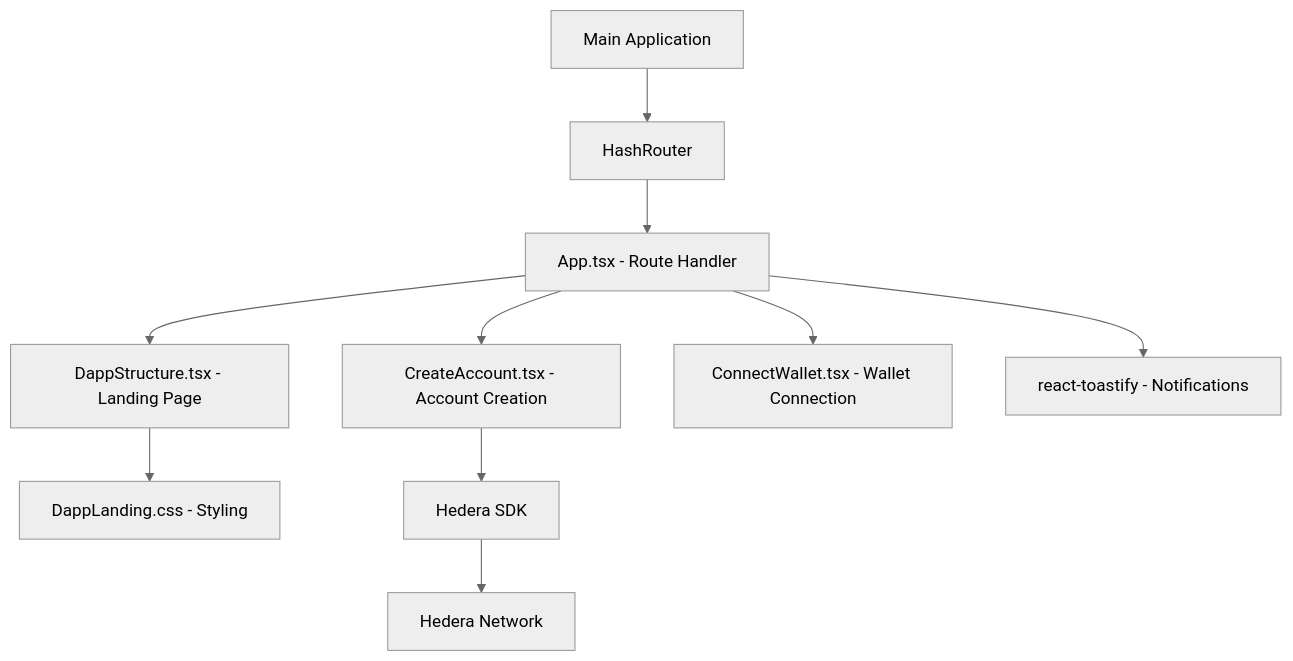
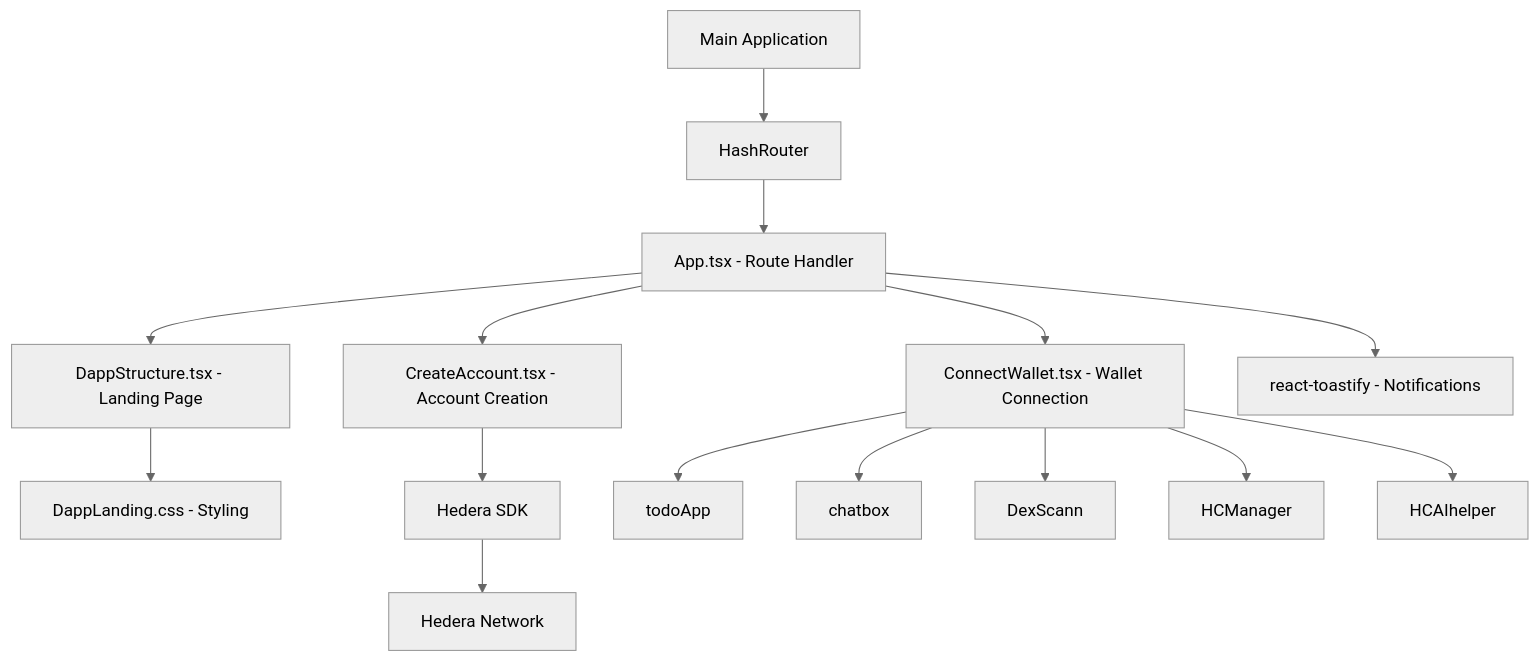
The diagram in README.md (rocker-bell/HashCompanion), drawn with Mermaid (neutral theme) before and after one commit. The commit also changed other lines of this file and 4 other files, not shown here.

````diff
--- a/README.md
+++ b/README.md
@@ -89,12 +248,19 @@
 ```mermaid
 graph TD
     A[Main Application] --> B[HashRouter]
     B --> C[App.tsx - Route Handler]
     C --> D[DappStructure.tsx - Landing Page]
     C --> E[CreateAccount.tsx - Account Creation]
     C --> F[ConnectWallet.tsx - Wallet Connection]
     D --> G[DappLanding.css - Styling]
     E --> H[Hedera SDK]
     H --> I[Hedera Network]
     C --> J[react-toastify - Notifications]
+
+    %% Apps branching from ConnectWallet
+    F --> K[todoApp]
+    F --> L[chatbox]
+    F --> M[DexScann]
+    F --> N[HCManager]
+    F --> O[HCAIhelper]
 ```
````
